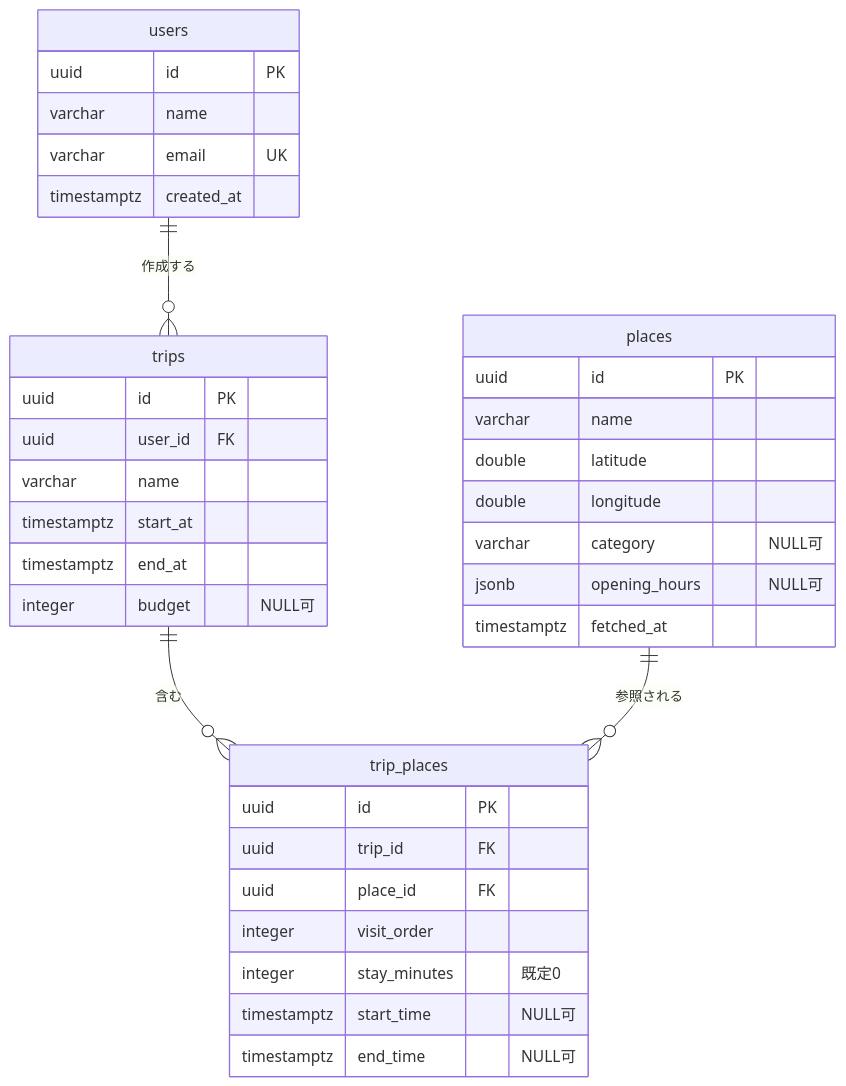
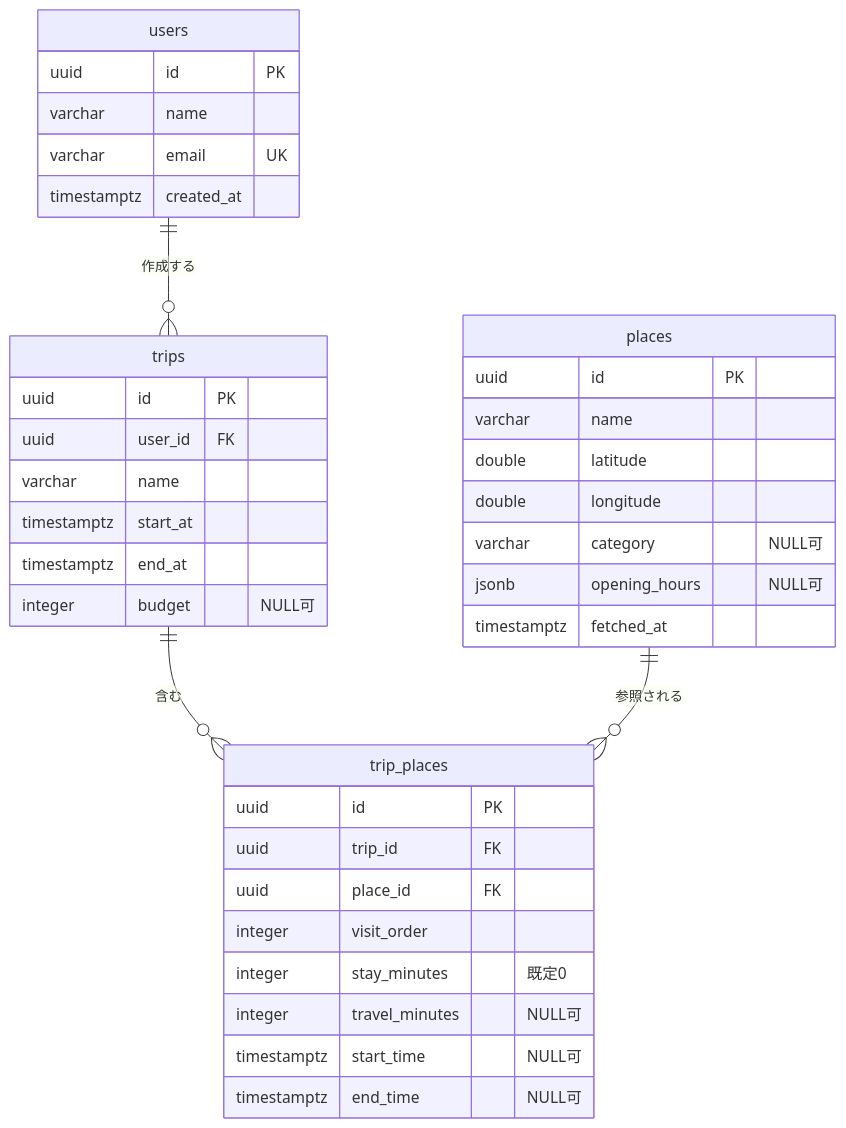
Before and after one commit to kosa-code/tabot: the diagram in docs/database.md, drawn with Mermaid. The commit also changed other lines of this file and 1 other file, not shown here.

Commit message:
docs: travel_minutesと経路検索APIの方針を追記し、ORSの保留を記録する

````diff
--- a/docs/database.md
+++ b/docs/database.md
@@ -5,39 +5,40 @@
 ```mermaid
 erDiagram
     users ||--o{ trips : "作成する"
     trips ||--o{ trip_places : "含む"
     places ||--o{ trip_places : "参照される"
 
     users {
         uuid id PK
         varchar name
         varchar email UK
         timestamptz created_at
     }
     trips {
         uuid id PK
         uuid user_id FK
         varchar name
         timestamptz start_at
         timestamptz end_at
         integer budget "NULL可"
     }
     places {
         uuid id PK
         varchar name
         double latitude
         double longitude
         varchar category "NULL可"
         jsonb opening_hours "NULL可"
         timestamptz fetched_at
     }
     trip_places {
         uuid id PK
         uuid trip_id FK
         uuid place_id FK
         integer visit_order
         integer stay_minutes "既定0"
+        integer travel_minutes "NULL可"
         timestamptz start_time "NULL可"
         timestamptz end_time "NULL可"
     }
 ```
````
